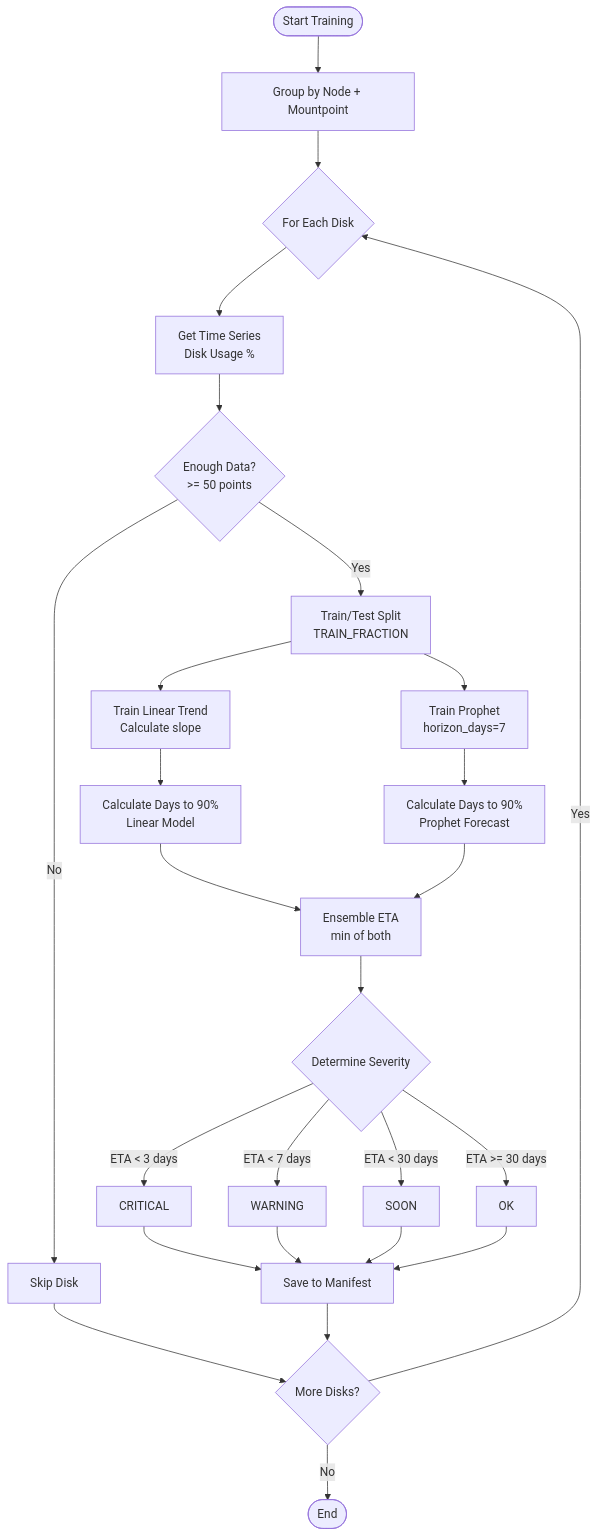
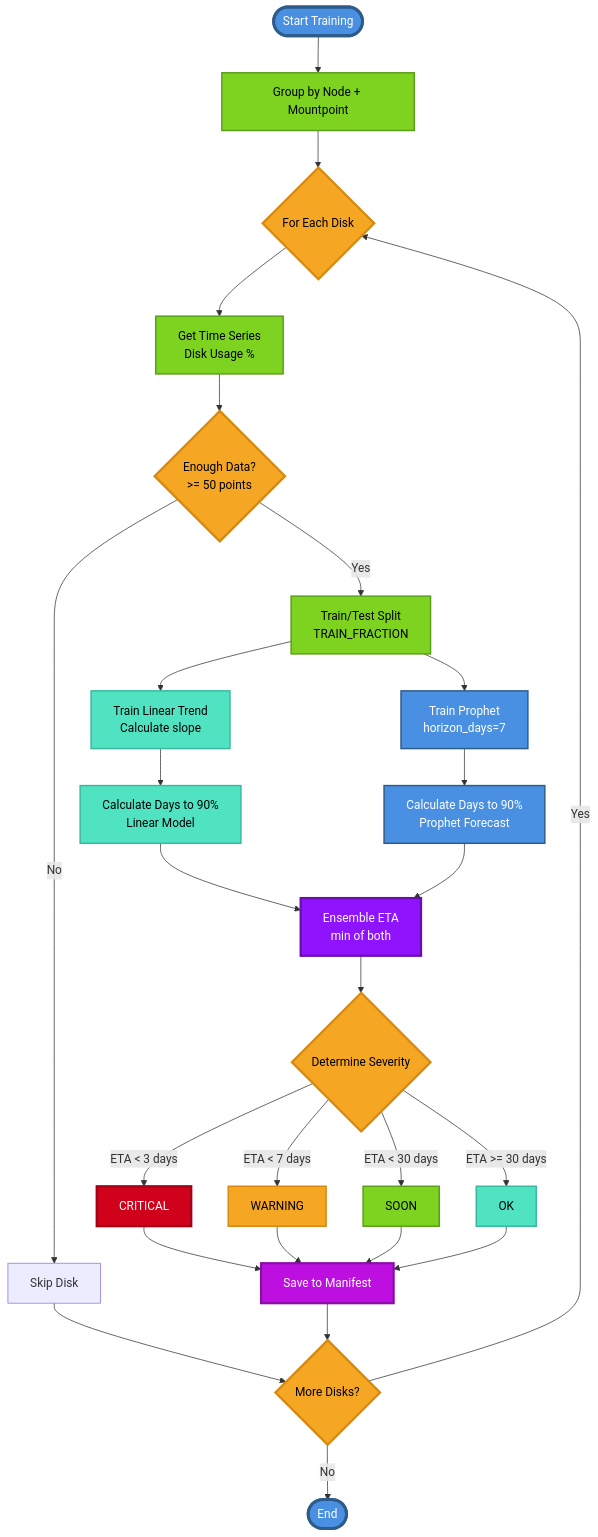
The fifth of 11 diagrams in Docs/VISUAL_ARCHITECTURE_GUIDE.md (k8sautom8/metrics-ml), drawn with Mermaid before and after one commit. The commit also changed other lines of this file, not shown here.

````diff
--- a/Docs/VISUAL_ARCHITECTURE_GUIDE.md
+++ b/Docs/VISUAL_ARCHITECTURE_GUIDE.md
@@ -271,37 +362,61 @@
 ```mermaid
 flowchart TD
     Start([Start Training]) --> Group[Group by Node + Mountpoint]
     
     Group --> ForEach{For Each Disk}
     
     ForEach --> Data[Get Time Series<br/>Disk Usage %]
     
     Data --> Check{Enough Data?<br/>>= 50 points}
     Check -->|No| Skip[Skip Disk]
     Check -->|Yes| Split[Train/Test Split<br/>TRAIN_FRACTION]
     
     Split --> Linear[Train Linear Trend<br/>Calculate slope]
     Split --> Prophet[Train Prophet<br/>horizon_days=7]
     
     Linear --> LinearETA[Calculate Days to 90%<br/>Linear Model]
     Prophet --> ProphetETA[Calculate Days to 90%<br/>Prophet Forecast]
     
     LinearETA --> EnsembleETA[Ensemble ETA<br/>min of both]
     ProphetETA --> EnsembleETA
     
     EnsembleETA --> Severity{Determine Severity}
     Severity -->|ETA < 3 days| Critical[CRITICAL]
     Severity -->|ETA < 7 days| Warning[WARNING]
     Severity -->|ETA < 30 days| Soon[SOON]
     Severity -->|ETA >= 30 days| OK[OK]
     
     Critical --> Save[Save to Manifest]
     Warning --> Save
     Soon --> Save
     OK --> Save
     Skip --> Next{More Disks?}
     Save --> Next
     
     Next -->|Yes| ForEach
     Next -->|No| End([End])
+    
+    classDef startEnd fill:#4A90E2,stroke:#2E5C8A,stroke-width:4px,color:#fff
+    classDef process fill:#7ED321,stroke:#5A9F1A,stroke-width:2px,color:#000
+    classDef decision fill:#F5A623,stroke:#D68910,stroke-width:3px,color:#000
+    classDef prophet fill:#4A90E2,stroke:#2E5C8A,stroke-width:2px,color:#fff
+    classDef linear fill:#50E3C2,stroke:#3AB89F,stroke-width:2px,color:#000
+    classDef ensemble fill:#9013FE,stroke:#6A0DAD,stroke-width:3px,color:#fff
+    classDef critical fill:#D0021B,stroke:#A00115,stroke-width:3px,color:#fff
+    classDef warning fill:#F5A623,stroke:#D68910,stroke-width:2px,color:#000
+    classDef soon fill:#7ED321,stroke:#5A9F1A,stroke-width:2px,color:#000
+    classDef ok fill:#50E3C2,stroke:#3AB89F,stroke-width:2px,color:#000
+    classDef save fill:#BD10E0,stroke:#8B0DA8,stroke-width:3px,color:#fff
+    
+    class Start,End startEnd
+    class Group,Data,Split process
+    class ForEach,Check,Severity,Next decision
+    class Prophet,ProphetETA prophet
+    class Linear,LinearETA linear
+    class EnsembleETA ensemble
+    class Critical critical
+    class Warning warning
+    class Soon soon
+    class OK ok
+    class Save save
 ```
````
